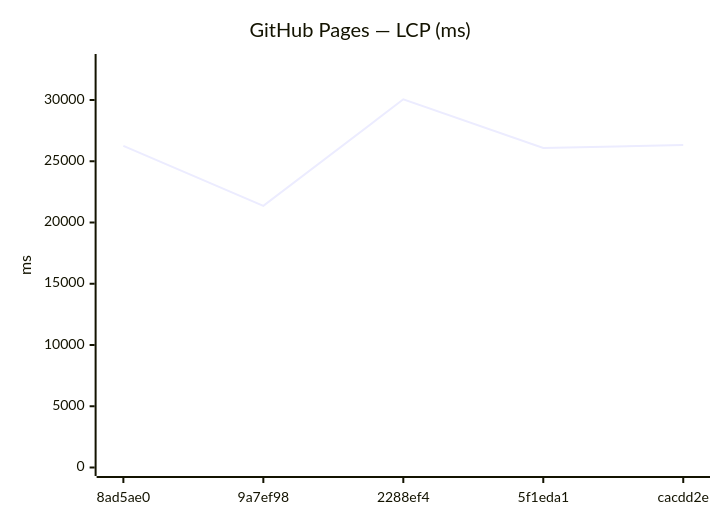
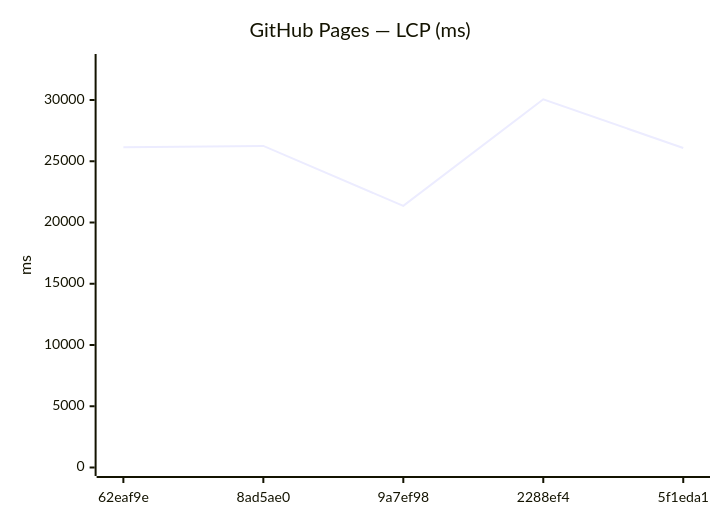
One commit to Metaheurist/Rianell changed the seventh of 12 diagrams in benchmarks/compare.md. Above: the diagram before and after it, drawn with Mermaid. The commit also changed other lines of this file and 8 other files, not shown here.

````diff
--- a/benchmarks/compare.md
+++ b/benchmarks/compare.md
@@ -107,7 +107,7 @@
 ```mermaid
 xychart-beta
     title "GitHub Pages — LCP (ms)"
-    x-axis ["8ad5ae0", "9a7ef98", "2288ef4", "5f1eda1", "cacdd2e"]
+    x-axis ["62eaf9e", "8ad5ae0", "9a7ef98", "2288ef4", "5f1eda1"]
     y-axis "ms" 0 --> 33062
-    line [26251, 21355, 30056, 26085, 26327]
+    line [26139, 26251, 21355, 30056, 26085]
 ```
````
